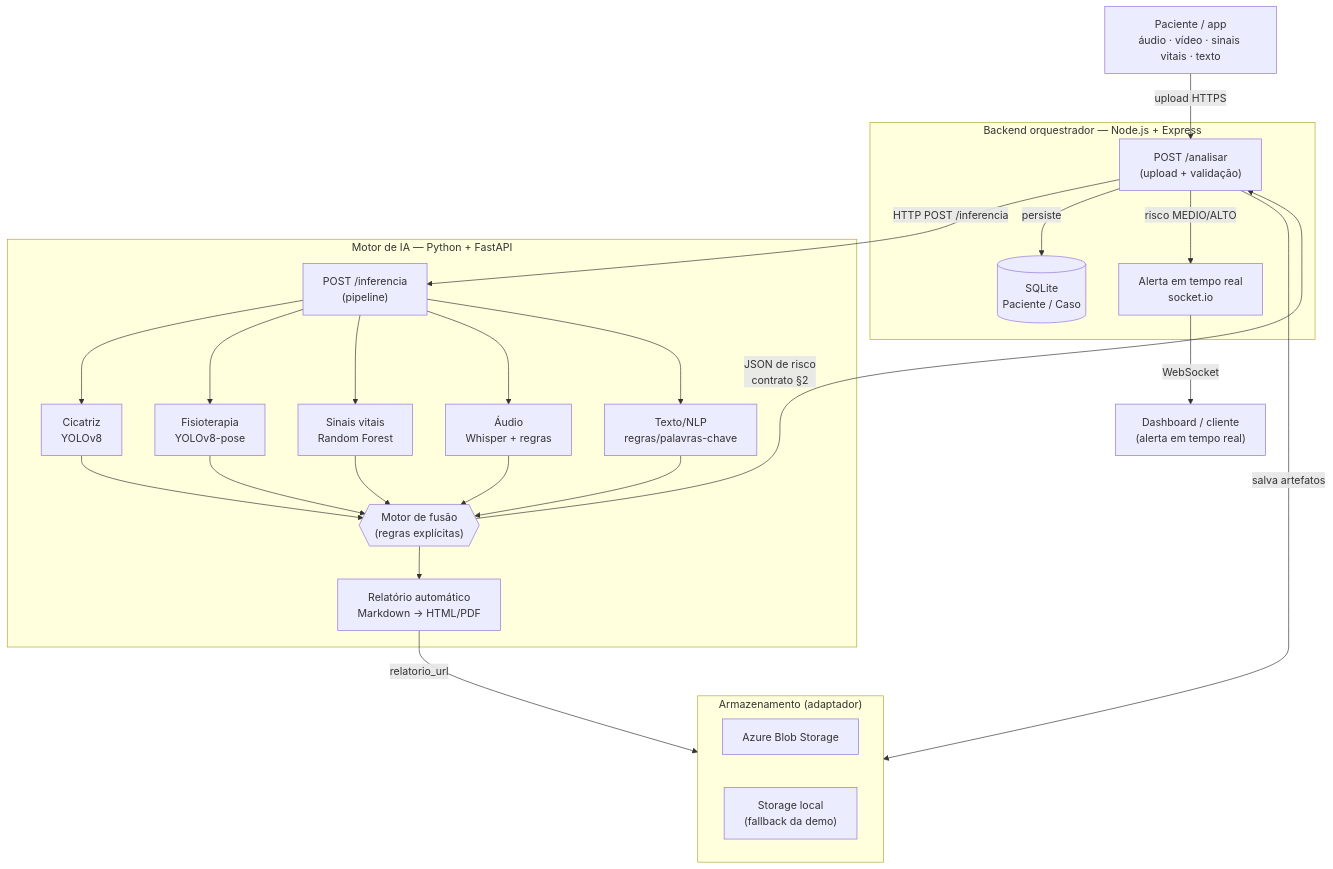
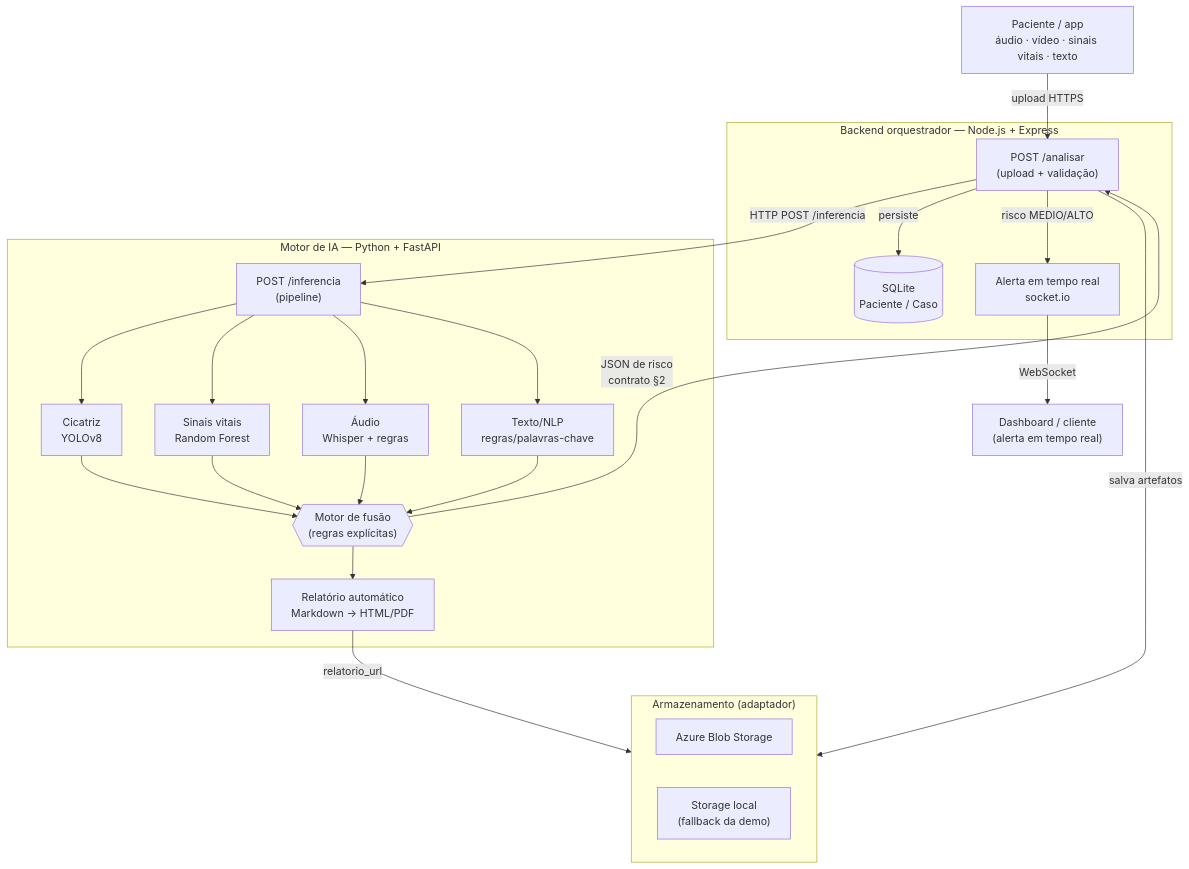
The diagram in docs/relatorio/diagrama-arquitetura.md (nurycaroline/8iadt-tc-fase4), drawn with Mermaid before and after one commit. The commit also changed other lines of this file and 60 other files, not shown here.

````diff
--- a/docs/relatorio/diagrama-arquitetura.md
+++ b/docs/relatorio/diagrama-arquitetura.md
@@ -9,37 +9,36 @@
 ```mermaid
 flowchart TD
     P["Paciente / app<br/>áudio · vídeo · sinais vitais · texto"] -->|upload HTTPS| N
 
     subgraph ORQ["Backend orquestrador — Node.js + Express"]
         N["POST /analisar<br/>(upload + validação)"]
         DB[("SQLite<br/>Paciente / Caso")]
         RT["Alerta em tempo real<br/>socket.io"]
     end
 
     subgraph STO["Armazenamento (adaptador)"]
         AZ["Azure Blob Storage"]
         LOC["Storage local<br/>(fallback da demo)"]
     end
 
     subgraph IA["Motor de IA — Python + FastAPI"]
         API["POST /inferencia<br/>(pipeline)"]
         M1["Cicatriz<br/>YOLOv8"]
-        M2["Fisioterapia<br/>YOLOv8-pose"]
         M3["Sinais vitais<br/>Random Forest"]
         M4["Áudio<br/>Whisper + regras"]
         M5["Texto/NLP<br/>regras/palavras-chave"]
         FUS{{"Motor de fusão<br/>(regras explícitas)"}}
         REL["Relatório automático<br/>Markdown → HTML/PDF"]
     end
 
     N -->|salva artefatos| STO
     N -->|HTTP POST /inferencia| API
-    API --> M1 & M2 & M3 & M4 & M5
-    M1 & M2 & M3 & M4 & M5 --> FUS
+    API --> M1 & M3 & M4 & M5
+    M1 & M3 & M4 & M5 --> FUS
     FUS --> REL
     FUS -->|JSON de risco<br/>contrato §2| N
     REL -->|relatorio_url| STO
     N -->|persiste| DB
     N -->|risco MEDIO/ALTO| RT
     RT -->|WebSocket| D["Dashboard / cliente<br/>(alerta em tempo real)"]
 ```
````
